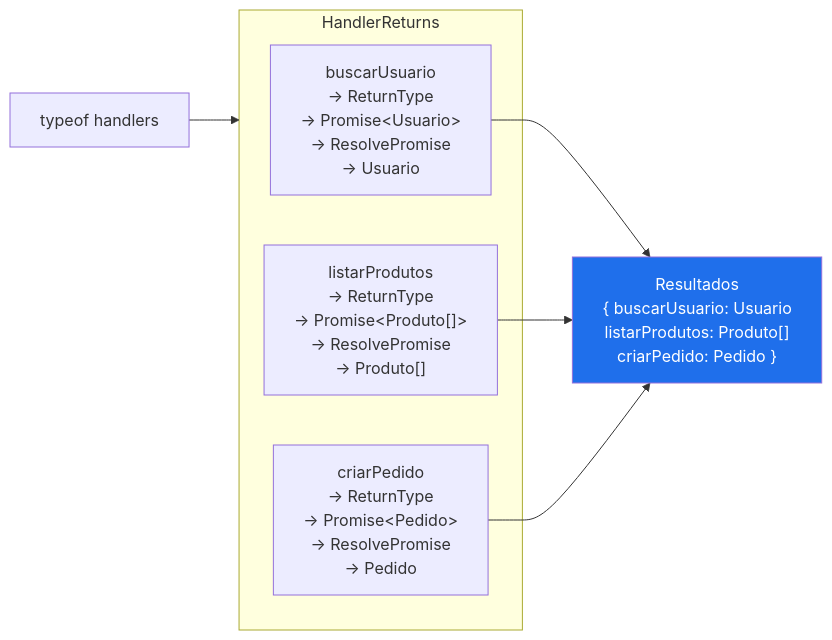
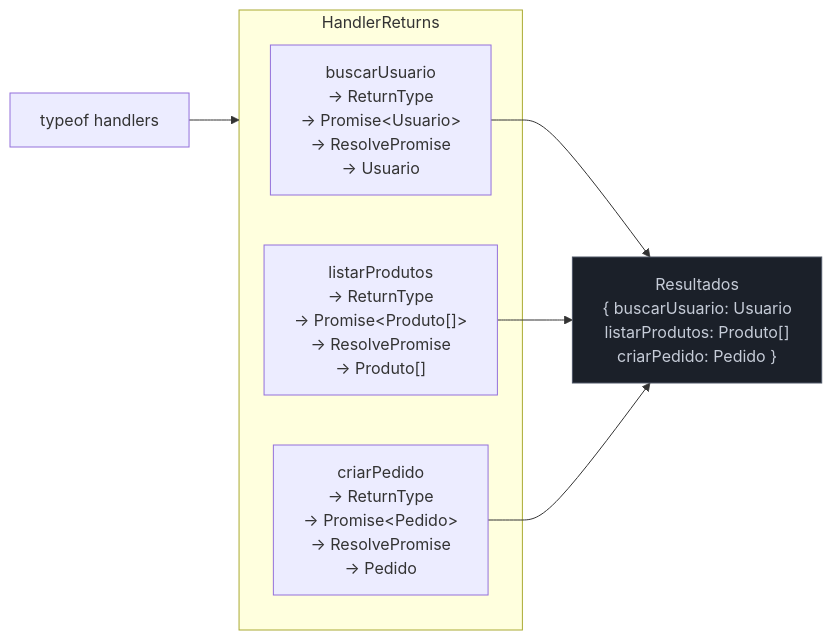
Before and after one commit to josenaldo/codex-technomanticus: the third of 3 diagrams in 03-Dominios/Tecnologia/TypeScript/14 - infer e extração de tipos.md, drawn with Mermaid. The commit also changed other lines of this file and 1181 other files, not shown here.

First line of the commit message:
fix(diagramas): paleta do sistema no lugar de cor cravada no markdown

````diff
--- a/03-Dominios/Tecnologia/TypeScript/14 - infer e extração de tipos.md
+++ b/03-Dominios/Tecnologia/TypeScript/14 - infer e extração de tipos.md
@@ -410,19 +412,20 @@
 ```mermaid
 flowchart LR
+    classDef neutro fill:#1B2029,stroke:#4E5666,color:#C6CCD8
     H["typeof handlers"]
     
     subgraph HandlerReturns
         K1["buscarUsuario\n→ ReturnType\n→ Promise&lt;Usuario&gt;\n→ ResolvePromise\n→ Usuario"]
         K2["listarProdutos\n→ ReturnType\n→ Promise&lt;Produto[]&gt;\n→ ResolvePromise\n→ Produto[]"]
         K3["criarPedido\n→ ReturnType\n→ Promise&lt;Pedido&gt;\n→ ResolvePromise\n→ Pedido"]
     end
     
     R["Resultados\n{ buscarUsuario: Usuario\n  listarProdutos: Produto[]\n  criarPedido: Pedido }"]
     
     H --> HandlerReturns
     K1 --> R
     K2 --> R
     K3 --> R
 
-    style R fill:#1f6feb,color:#fff
+    class R neutro
 ```
````
